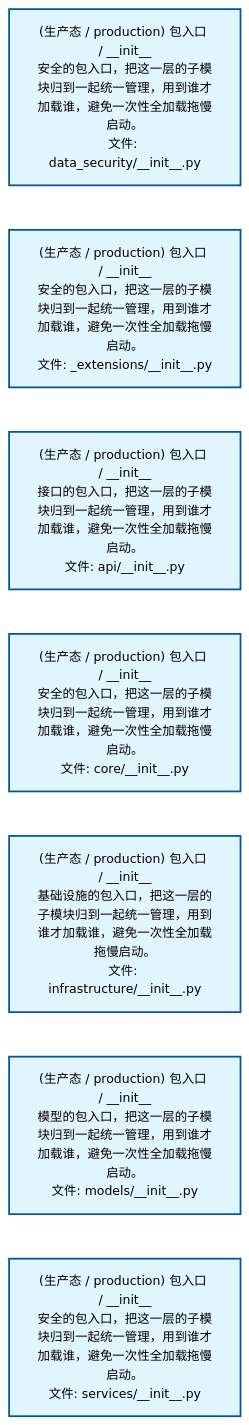
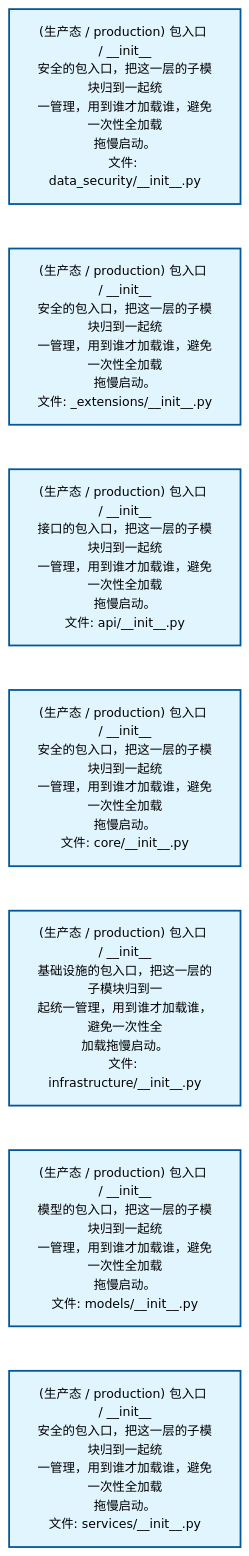
One commit to xuanFelixVan/ZephyrAlpha changed the second of 2 diagrams in docs/02_enterprise_architecture/02_domain_architecture_docs/14_d_data_sec.md. Above: the diagram before and after it, drawn with Mermaid. The commit also changed other lines of this file and 59 other files, not shown here.

````diff
--- a/docs/02_enterprise_architecture/02_domain_architecture_docs/14_d_data_sec.md
+++ b/docs/02_enterprise_architecture/02_domain_architecture_docs/14_d_data_sec.md
@@ -80,22 +80,22 @@
 ```mermaid
 %%{init: {'theme': 'base', 'themeVariables': {'primaryColor': '#eaeaea', 'primaryTextColor': '#333333', 'primaryBorderColor': '#666666', 'lineColor': '#666666', 'secondaryColor': '#eaeaea', 'tertiaryColor': '#eaeaea', 'fontSize': '14px'}}}%%
 flowchart TD
-    src_zephyr_data_security_init_py["(生产态 / production) 包入口 / __init__<br/>安全的包入口，把这一层的子模块归到一起统一管理，用到谁才加载谁，避免一次性全加载拖慢启动。<br/>文件: data_security/__init__.py"]
-    src_zephyr_data_security_extensions_init_py["(生产态 / production) 包入口 / __init__<br/>安全的包入口，把这一层的子模块归到一起统一管理，用到谁才加载谁，避免一次性全加载拖慢启动。<br/>文件: _extensions/__init__.py"]
-    src_zephyr_data_security_api_init_py["(生产态 / production) 包入口 / __init__<br/>接口的包入口，把这一层的子模块归到一起统一管理，用到谁才加载谁，避免一次性全加载拖慢启动。<br/>文件: api/__init__.py"]
-    src_zephyr_data_security_core_init_py["(生产态 / production) 包入口 / __init__<br/>安全的包入口，把这一层的子模块归到一起统一管理，用到谁才加载谁，避免一次性全加载拖慢启动。<br/>文件: core/__init__.py"]
-    src_zephyr_data_security_infrastructure_init_py["(生产态 / production) 包入口 / __init__<br/>基础设施的包入口，把这一层的子模块归到一起统一管理，用到谁才加载谁，避免一次性全加载拖慢启动。<br/>文件: infrastructure/__init__.py"]
-    src_zephyr_data_security_models_init_py["(生产态 / production) 包入口 / __init__<br/>模型的包入口，把这一层的子模块归到一起统一管理，用到谁才加载谁，避免一次性全加载拖慢启动。<br/>文件: models/__init__.py"]
-    src_zephyr_data_security_services_init_py["(生产态 / production) 包入口 / __init__<br/>安全的包入口，把这一层的子模块归到一起统一管理，用到谁才加载谁，避免一次性全加载拖慢启动。<br/>文件: services/__init__.py"]
+    src_zephyr_data_security_init_py["(生产态 / production) 包入口 / __init__<br/>安全的包入口，把这一层的子模块归到一起统<br/>一管理，用到谁才加载谁，避免一次性全加载<br/>拖慢启动。<br/>文件: data_security/__init__.py"]
+    src_zephyr_data_security_extensions_init_py["(生产态 / production) 包入口 / __init__<br/>安全的包入口，把这一层的子模块归到一起统<br/>一管理，用到谁才加载谁，避免一次性全加载<br/>拖慢启动。<br/>文件: _extensions/__init__.py"]
+    src_zephyr_data_security_api_init_py["(生产态 / production) 包入口 / __init__<br/>接口的包入口，把这一层的子模块归到一起统<br/>一管理，用到谁才加载谁，避免一次性全加载<br/>拖慢启动。<br/>文件: api/__init__.py"]
+    src_zephyr_data_security_core_init_py["(生产态 / production) 包入口 / __init__<br/>安全的包入口，把这一层的子模块归到一起统<br/>一管理，用到谁才加载谁，避免一次性全加载<br/>拖慢启动。<br/>文件: core/__init__.py"]
+    src_zephyr_data_security_infrastructure_init_py["(生产态 / production) 包入口 / __init__<br/>基础设施的包入口，把这一层的子模块归到一<br/>起统一管理，用到谁才加载谁，避免一次性全<br/>加载拖慢启动。<br/>文件: infrastructure/__init__.py"]
+    src_zephyr_data_security_models_init_py["(生产态 / production) 包入口 / __init__<br/>模型的包入口，把这一层的子模块归到一起统<br/>一管理，用到谁才加载谁，避免一次性全加载<br/>拖慢启动。<br/>文件: models/__init__.py"]
+    src_zephyr_data_security_services_init_py["(生产态 / production) 包入口 / __init__<br/>安全的包入口，把这一层的子模块归到一起统<br/>一管理，用到谁才加载谁，避免一次性全加载<br/>拖慢启动。<br/>文件: services/__init__.py"]
     src_zephyr_data_security_init_py ~~~ src_zephyr_data_security_extensions_init_py
     src_zephyr_data_security_extensions_init_py ~~~ src_zephyr_data_security_api_init_py
     src_zephyr_data_security_api_init_py ~~~ src_zephyr_data_security_core_init_py
     src_zephyr_data_security_core_init_py ~~~ src_zephyr_data_security_infrastructure_init_py
     src_zephyr_data_security_infrastructure_init_py ~~~ src_zephyr_data_security_models_init_py
     src_zephyr_data_security_models_init_py ~~~ src_zephyr_data_security_services_init_py
     classDef production fill:#e1f5fe,stroke:#01579b,stroke-width:2px,color:#000
     classDef design fill:#fff3e0,stroke:#e65100,stroke-width:2px,color:#000,stroke-dasharray: 5 5
     classDef external_prod fill:#e8f4fd,stroke:#0277bd,stroke-width:1px,color:#000
     classDef external_design fill:#fff8e7,stroke:#ef6c00,stroke-width:1px,color:#000,stroke-dasharray: 5 5
     class src_zephyr_data_security_init_py,src_zephyr_data_security_extensions_init_py,src_zephyr_data_security_api_init_py,src_zephyr_data_security_core_init_py,src_zephyr_data_security_infrastructure_init_py,src_zephyr_data_security_models_init_py,src_zephyr_data_security_services_init_py production
 ```
````
